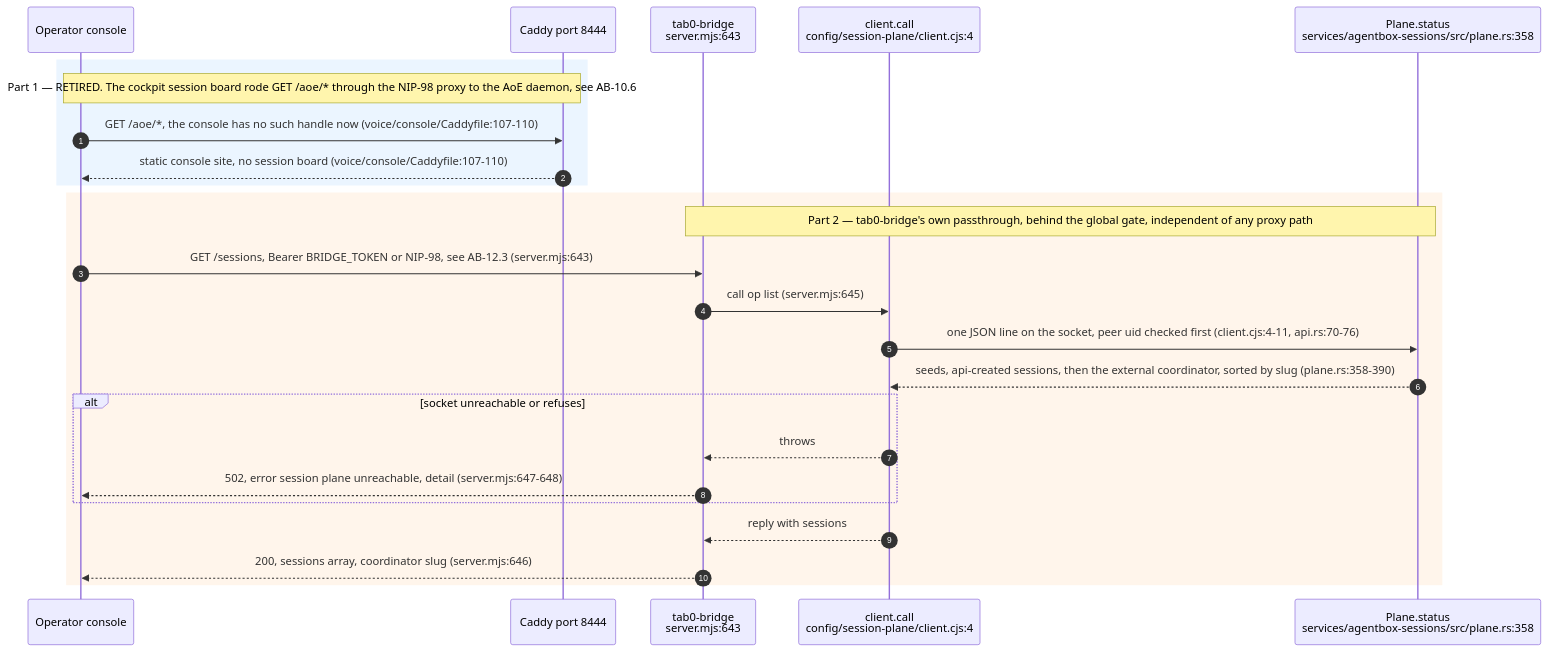
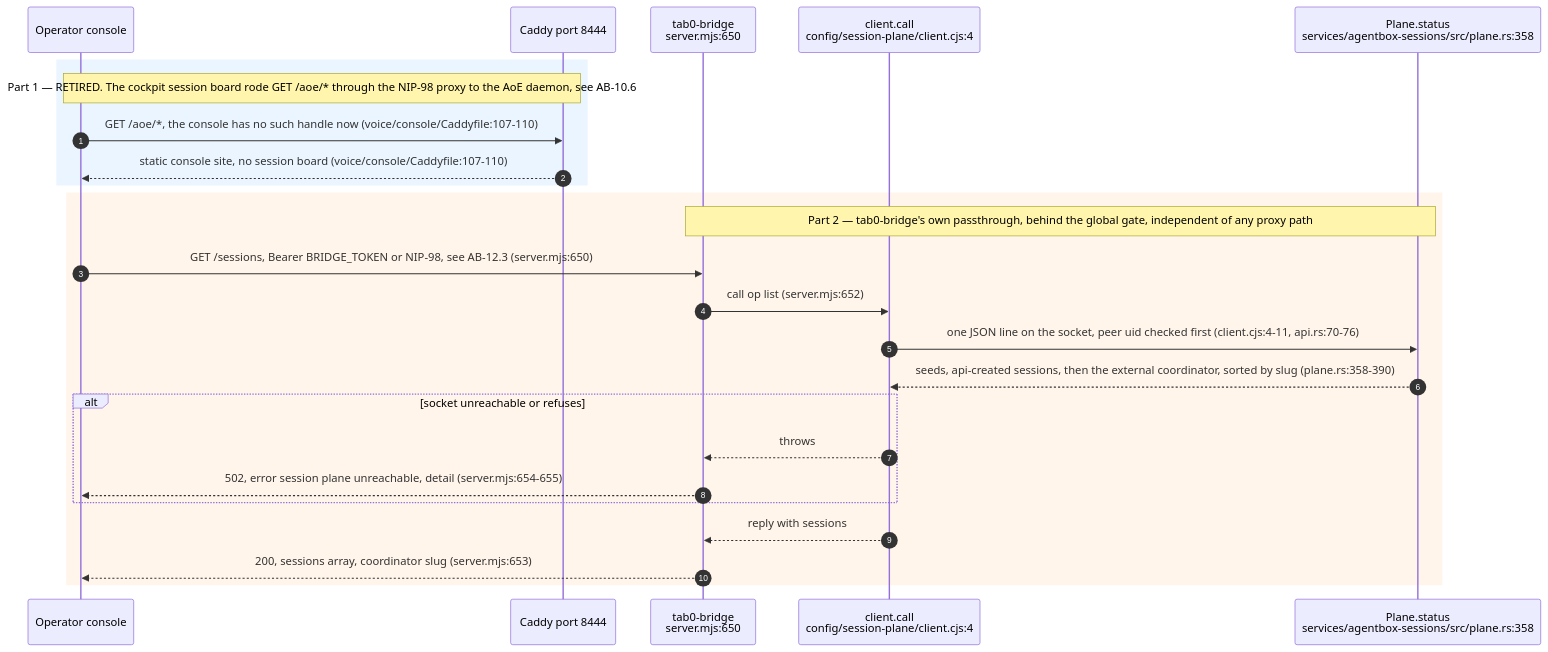
Before and after one commit to DreamLab-AI/VisionFlow: the eighth of 12 diagrams in docs/diagrams/agentbox/12-tab0-bridge-and-interaction-plane.md, drawn with Mermaid. The commit also changed other lines of this file and 142 other files, not shown here.

First line of the commit message:
docs(diagrams): one System One route; re-verify 140 topics at today's heads

````diff
--- a/docs/diagrams/agentbox/12-tab0-bridge-and-interaction-plane.md
+++ b/docs/diagrams/agentbox/12-tab0-bridge-and-interaction-plane.md
@@ -360,28 +360,28 @@
 ```mermaid
 sequenceDiagram
     autonumber
     participant Op as Operator console
     participant Cad as Caddy port 8444
-    participant B as tab0-bridge<br/>server.mjs:643
+    participant B as tab0-bridge<br/>server.mjs:650
     participant Cl as client.call<br/>config/session-plane/client.cjs:4
     participant Sock as Plane.status<br/>services/agentbox-sessions/src/plane.rs:358
 
     rect rgb(235,245,255)
     Note over Op,Cad: Part 1 — RETIRED. The cockpit session board rode GET /aoe/* through the NIP-98 proxy to the AoE daemon, see AB-10.6
     Op->>Cad: GET /aoe/*, the console has no such handle now (voice/console/Caddyfile:107-110)
     Cad-->>Op: static console site, no session board (voice/console/Caddyfile:107-110)
     end
     rect rgb(255,245,235)
     Note over B,Sock: Part 2 — tab0-bridge's own passthrough, behind the global gate, independent of any proxy path
-    Op->>B: GET /sessions, Bearer BRIDGE_TOKEN or NIP-98, see AB-12.3 (server.mjs:643)
-    B->>Cl: call op list (server.mjs:645)
+    Op->>B: GET /sessions, Bearer BRIDGE_TOKEN or NIP-98, see AB-12.3 (server.mjs:650)
+    B->>Cl: call op list (server.mjs:652)
     Cl->>Sock: one JSON line on the socket, peer uid checked first (client.cjs:4-11, api.rs:70-76)
     Sock-->>Cl: seeds, api-created sessions, then the external coordinator, sorted by slug (plane.rs:358-390)
     alt socket unreachable or refuses
         Cl-->>B: throws
-        B-->>Op: 502, error session plane unreachable, detail (server.mjs:647-648)
+        B-->>Op: 502, error session plane unreachable, detail (server.mjs:654-655)
     end
     Cl-->>B: reply with sessions
-    B-->>Op: 200, sessions array, coordinator slug (server.mjs:646)
+    B-->>Op: 200, sessions array, coordinator slug (server.mjs:653)
     end
 ```
````
